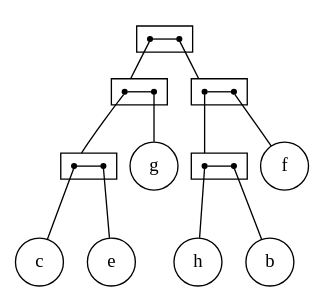
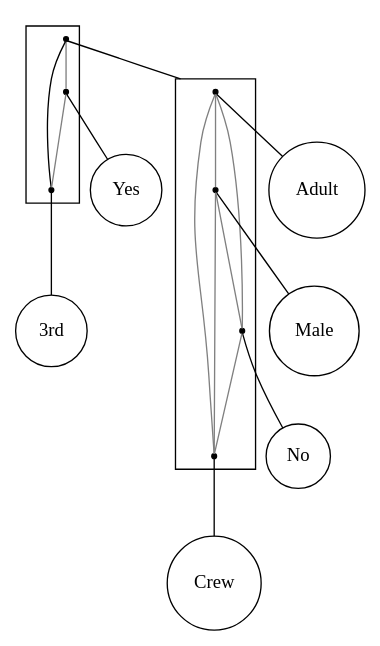
Before and after one commit to lrodrin/TFG: the diagram in src/final/linear_2-structure.dot, drawn with Graphviz.

Commit message:
s'ha trobat un error. s'ha arreglat les repeticions dels clans frequents al concatenar dues llistes

```diff
--- a/src/final/linear_2-structure.dot
+++ b/src/final/linear_2-structure.dot
@@ -1,53 +1,37 @@
 strict digraph "linear_2-structure" {
 compound=true;
 fontname=Verdana;
 fontsize=12;
 newrank=true;
 node [shape=circle];
-f;
-g;
-c;
-e;
-h;
-b;
-subgraph cluster_begchf {
-rank=same;
+Yes;
+"3rd";
+Adult;
+Male;
+No;
+Crew;
+subgraph cluster_MaleAdultYesNo3rdCrew {
 node [shape=point];
-s_egc -> s_bfh  [arrowhead=none, color=black];
+s_MaleCrewNoAdult -> s_Yes  [arrowhead=none, color=grey];
+s_MaleCrewNoAdult -> s_3rd  [arrowhead=none, color=black];
+s_Yes -> s_3rd  [arrowhead=none, color=grey];
 }
 
-subgraph cluster_bfh {
-rank=same;
+subgraph cluster_MaleCrewNoAdult {
 node [shape=point];
-s_bh -> s_f  [arrowhead=none, color=black];
+s_Adult -> s_Male  [arrowhead=none, color=grey];
+s_Adult -> s_No  [arrowhead=none, color=grey];
+s_Adult -> s_Crew  [arrowhead=none, color=grey];
+s_Male -> s_No  [arrowhead=none, color=grey];
+s_Male -> s_Crew  [arrowhead=none, color=grey];
+s_No -> s_Crew  [arrowhead=none, color=grey];
 }
 
-subgraph cluster_egc {
-rank=same;
-node [shape=point];
-s_ec -> s_g  [arrowhead=none, color=black];
+s_MaleCrewNoAdult -> s_Adult  [arrowhead=none, lhead=cluster_MaleCrewNoAdult];
+s_Yes -> Yes  [arrowhead=none];
+s_3rd -> "3rd"  [arrowhead=none];
+s_Adult -> Adult  [arrowhead=none];
+s_Male -> Male  [arrowhead=none];
+s_No -> No  [arrowhead=none];
+s_Crew -> Crew  [arrowhead=none];
 }
-
-subgraph cluster_ec {
-rank=same;
-node [shape=point];
-s_c -> s_e  [arrowhead=none, color=black];
-}
-
-subgraph cluster_bh {
-rank=same;
-node [shape=point];
-s_h -> s_b  [arrowhead=none, color=black];
-}
-
-s_egc -> s_ec  [arrowhead=none, lhead=cluster_egc];
-s_bfh -> s_bh  [arrowhead=none, lhead=cluster_bfh];
-s_bh -> s_h  [arrowhead=none, lhead=cluster_bh];
-s_f -> f  [arrowhead=none];
-s_ec -> s_c  [arrowhead=none, lhead=cluster_ec];
-s_g -> g  [arrowhead=none];
-s_c -> c  [arrowhead=none];
-s_e -> e  [arrowhead=none];
-s_h -> h  [arrowhead=none];
-s_b -> b  [arrowhead=none];
-}
```
